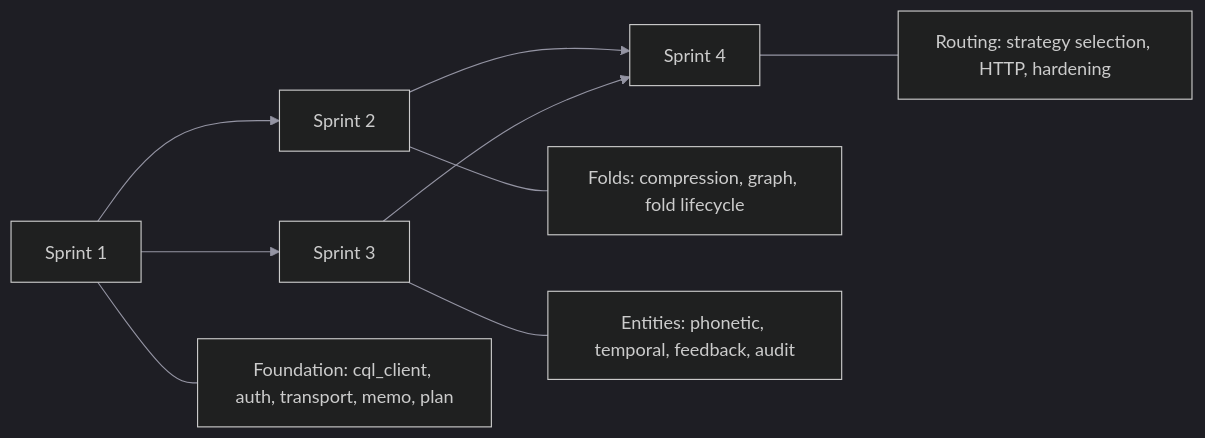
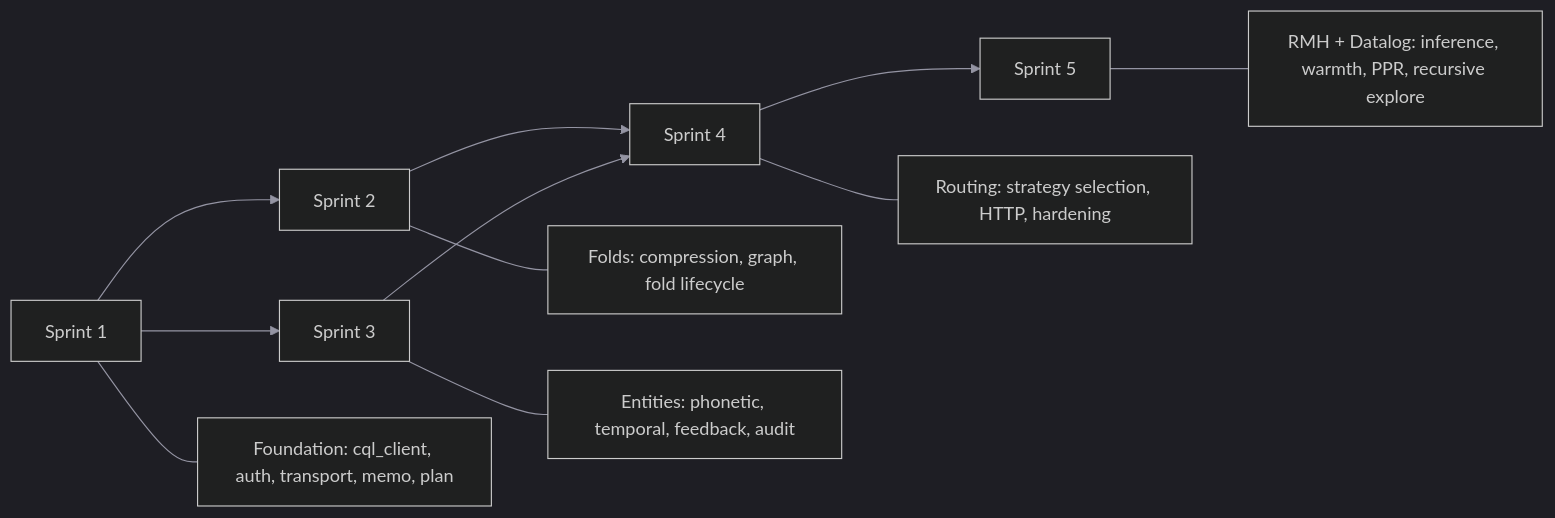
The diagram in specs/project-plan.md (ferrosadb/ferrosa-memory), drawn with Mermaid before and after one commit. The commit also changed other lines of this file and 27 other files, not shown here.

First line of the commit message:
feat: Sprint 5 — Recursive Memory Harness + Datalog Graph Inference

````diff
--- a/specs/project-plan.md
+++ b/specs/project-plan.md
@@ -166,13 +237,15 @@
 ```mermaid
 %%{init: {'theme':'dark','themeVariables':{'primaryColor':'#16161f','primaryTextColor':'#e8e8ed','primaryBorderColor':'#e2725b','lineColor':'#9494a3','secondaryColor':'#1c1c28','tertiaryColor':'#111118','clusterBkg':'#111118','clusterBorder':'#1e1e2a','edgeLabelBackground':'#111118','nodeTextColor':'#e8e8ed'}}}%%
 graph LR
     S1[Sprint 1] --> S2[Sprint 2]
     S1 --> S3[Sprint 3]
     S2 --> S4[Sprint 4]
     S3 --> S4
+    S4 --> S5[Sprint 5]
 
     S1 --- note1["Foundation: cql_client, auth, transport, memo, plan"]
     S2 --- note2["Folds: compression, graph, fold lifecycle"]
     S3 --- note3["Entities: phonetic, temporal, feedback, audit"]
     S4 --- note4["Routing: strategy selection, HTTP, hardening"]
+    S5 --- note5["RMH + Datalog: inference, warmth, PPR, recursive explore"]
 ```
````
